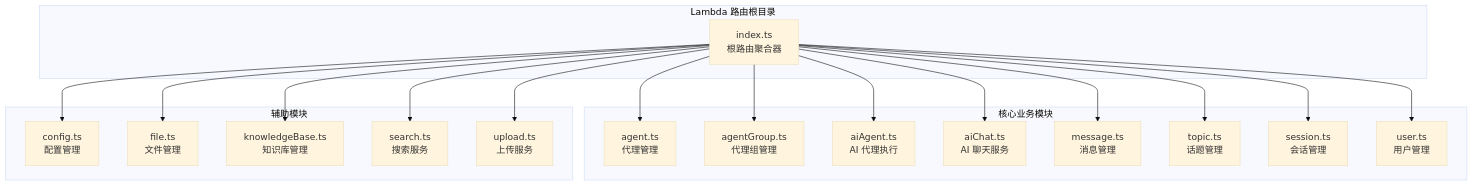
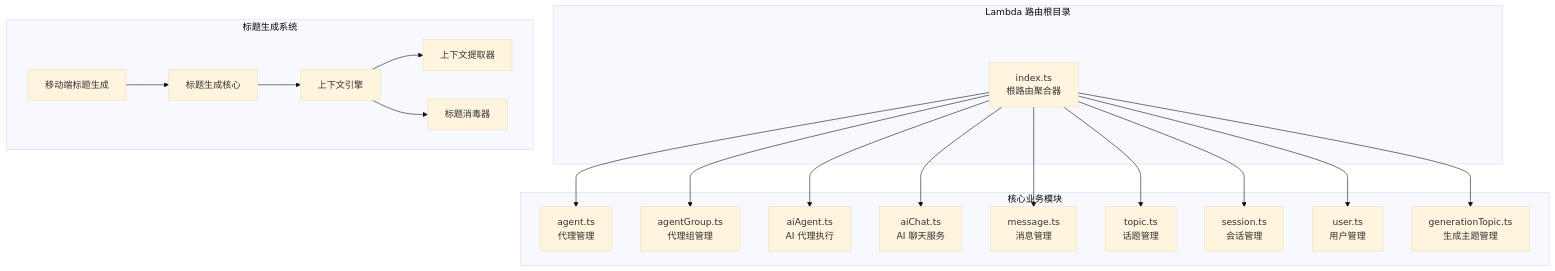
Before and after one commit to AvatoLabs/avato: the first of 7 diagrams in .qoder/repowiki/zh/content/API 接口文档/tRPC 接口规范/Lambda 路由模块/Lambda 路由模块.md, drawn with Mermaid (base theme). The commit also changed other lines of this file and 158 other files, not shown here.

````diff
--- a/.qoder/repowiki/zh/content/API 接口文档/tRPC 接口规范/Lambda 路由模块/Lambda 路由模块.md
+++ b/.qoder/repowiki/zh/content/API 接口文档/tRPC 接口规范/Lambda 路由模块/Lambda 路由模块.md
@@ -38,36 +46,37 @@
 ```mermaid
 graph TB
 subgraph "Lambda 路由根目录"
 Root[index.ts<br/>根路由聚合器]
 end
 subgraph "核心业务模块"
 Agent[agent.ts<br/>代理管理]
 AgentGroup[agentGroup.ts<br/>代理组管理]
 AiAgent[aiAgent.ts<br/>AI 代理执行]
 AiChat[aiChat.ts<br/>AI 聊天服务]
 Message[message.ts<br/>消息管理]
 Topic[topic.ts<br/>话题管理]
 Session[session.ts<br/>会话管理]
 User[user.ts<br/>用户管理]
+GenerationTopic[generationTopic.ts<br/>生成主题管理]
 end
-subgraph "辅助模块"
-Config[config.ts<br/>配置管理]
-File[file.ts<br/>文件管理]
-Knowledge[knowledgeBase.ts<br/>知识库管理]
-Search[search.ts<br/>搜索服务]
-Upload[upload.ts<br/>上传服务]
+subgraph "标题生成系统"
+TitleGeneration[标题生成核心]
+ContextEngine[上下文引擎]
+ContextExtractor[上下文提取器]
+TitleSanitizer[标题消毒器]
+MobileTitle[移动端标题生成]
 end
 Root --> Agent
 Root --> AgentGroup
 Root --> AiAgent
 Root --> AiChat
 Root --> Message
 Root --> Topic
 Root --> Session
 Root --> User
-Root --> Config
-Root --> File
-Root --> Knowledge
-Root --> Search
-Root --> Upload
+Root --> GenerationTopic
+TitleGeneration --> ContextEngine
+ContextEngine --> ContextExtractor
+ContextEngine --> TitleSanitizer
+MobileTitle --> TitleGeneration
 ```
````
